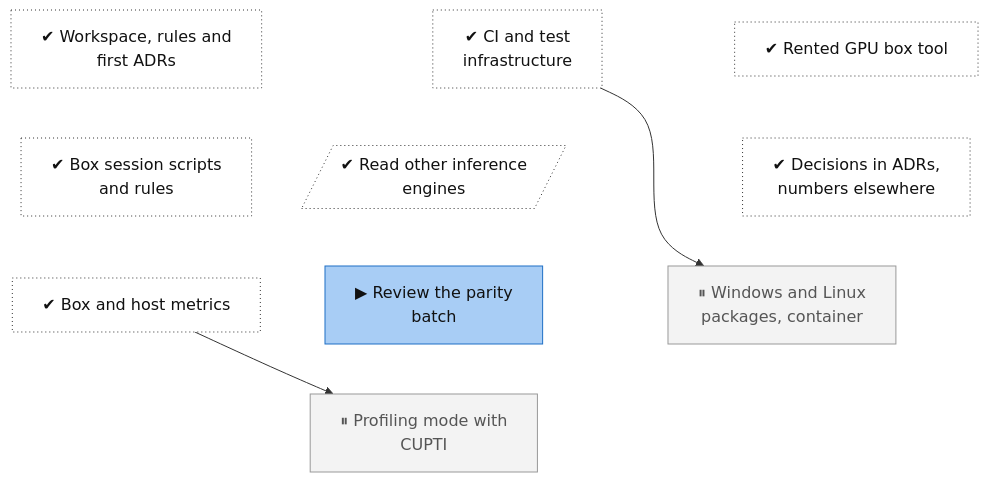
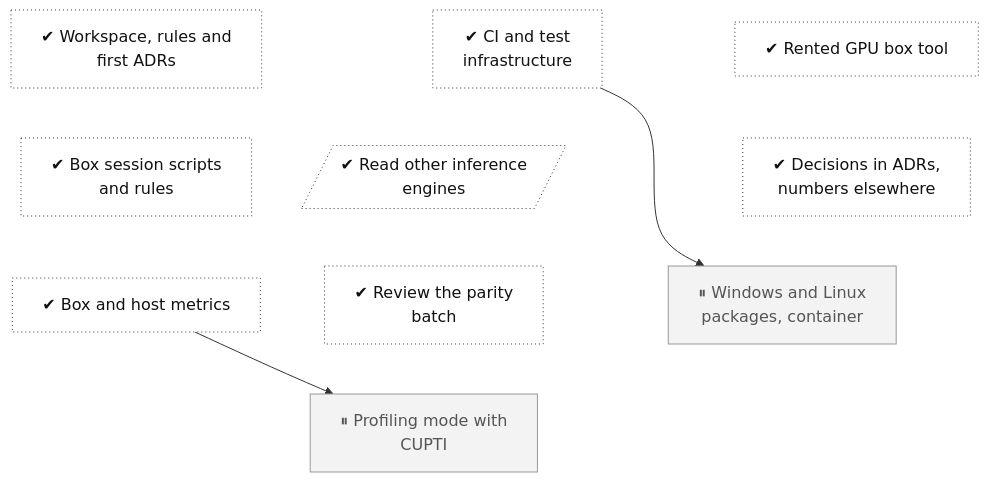
The diagram in docs/roadmap/tracks/ops.md (lhns/tetraeder), drawn with Mermaid before and after one commit. The commit also changed other lines of this file and 3 other files, not shown here.

````diff
--- a/docs/roadmap/tracks/ops.md
+++ b/docs/roadmap/tracks/ops.md
@@ -10,41 +10,40 @@
 ```mermaid
 flowchart TB
     ops_foundations["✔ Workspace, rules and<br/>first ADRs"]
     ops_ci["✔ CI and test<br/>infrastructure"]
     ops_taxameter["✔ Rented GPU box tool"]
     ops_box_driver["✔ Box session scripts<br/>and rules"]
     ops_external_reads[/"✔ Read other inference<br/>engines"/]
     ops_docs["✔ Decisions in ADRs,<br/>numbers elsewhere"]
     ops_telemetry["✔ Box and host metrics"]
-    ops_review_parity_batch["▶ Review the parity<br/>batch"]
+    ops_review_parity_batch["✔ Review the parity<br/>batch"]
     ops_packages["⏸ Windows and Linux<br/>packages, container"]
     ops_profiling_mode["⏸ Profiling mode with<br/>CUPTI"]
     ops_foundations ~~~ ops_box_driver
     ops_ci ~~~ ops_external_reads
     ops_taxameter ~~~ ops_docs
     ops_box_driver ~~~ ops_telemetry
     ops_external_reads ~~~ ops_review_parity_batch
     ops_docs ~~~ ops_packages
     ops_telemetry ~~~ ops_profiling_mode
     ops_review_parity_batch ~~~ ops_profiling_mode
     ops_packages ~~~ ops_profiling_mode
     ops_ci --> ops_packages
     ops_telemetry --> ops_profiling_mode
     classDef vsucc fill:#2e9e4f,stroke:#1b6b34,color:#fff
     classDef succ fill:#bfe8c8,stroke:#2e9e4f,color:#111
     classDef mixed fill:#ffd37a,stroke:#c98a00,color:#111
     classDef bad fill:#f28b82,stroke:#b3261e,color:#111
     classDef dead fill:#e6e6e6,stroke:#777,stroke-dasharray:5 5,color:#555
     classDef inprog fill:#a8cdf5,stroke:#1f6fc5,color:#111
     classDef next fill:#fff,stroke:#333,color:#111
     classDef blocked fill:#fff,stroke:#b3261e,stroke-dasharray:2 2,color:#111
     classDef parked fill:#f3f3f3,stroke:#999,color:#555
     classDef unrated fill:#fff,stroke:#333,stroke-dasharray:1 3,color:#111
     classDef gate fill:#d9c2f0,stroke:#7b3fb5,color:#111
     classDef decided fill:#ece0f7,stroke:#7b3fb5,stroke-dasharray:2 2,color:#111
     classDef finding fill:#ffe0b2,stroke:#d84315,stroke-width:2px,color:#111
     classDef waiting fill:#e3f2fd,stroke:#1f6fc5,stroke-dasharray:5 5,color:#111
-    class ops_foundations,ops_ci,ops_taxameter,ops_box_driver,ops_external_reads,ops_docs,ops_telemetry unrated
-    class ops_review_parity_batch inprog
+    class ops_foundations,ops_ci,ops_taxameter,ops_box_driver,ops_external_reads,ops_docs,ops_telemetry,ops_review_parity_batch unrated
     class ops_packages,ops_profiling_mode parked
 ```
````
